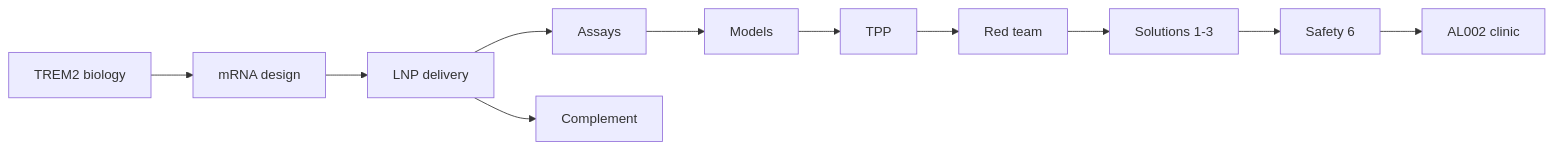
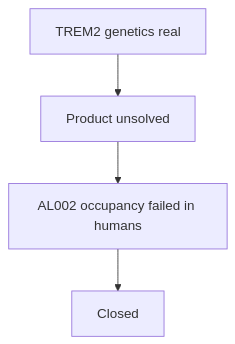
Before and after one commit to CosmicCEO/novellum: the diagram in science/README.md, drawn with Mermaid. The commit also changed other lines of this file, not shown here.

````diff
--- a/science/README.md
+++ b/science/README.md
@@ -7,13 +7,6 @@
 ```mermaid
-flowchart LR
-  B[TREM2 biology] --> M[mRNA design]
-  M --> D[LNP delivery]
-  D --> A[Assays]
-  A --> Mod[Models]
-  Mod --> T[TPP]
-  D --> C[Complement]
-  T --> R[Red team]
-  R --> S[Solutions 1-3]
-  S --> Saf[Safety 6]
-  Saf --> AL[AL002 clinic]
+flowchart TD
+  A[TREM2 genetics real] --> B[Product unsolved]
+  B --> C[AL002 occupancy failed in humans]
+  C --> D[Closed]
 ```
````
